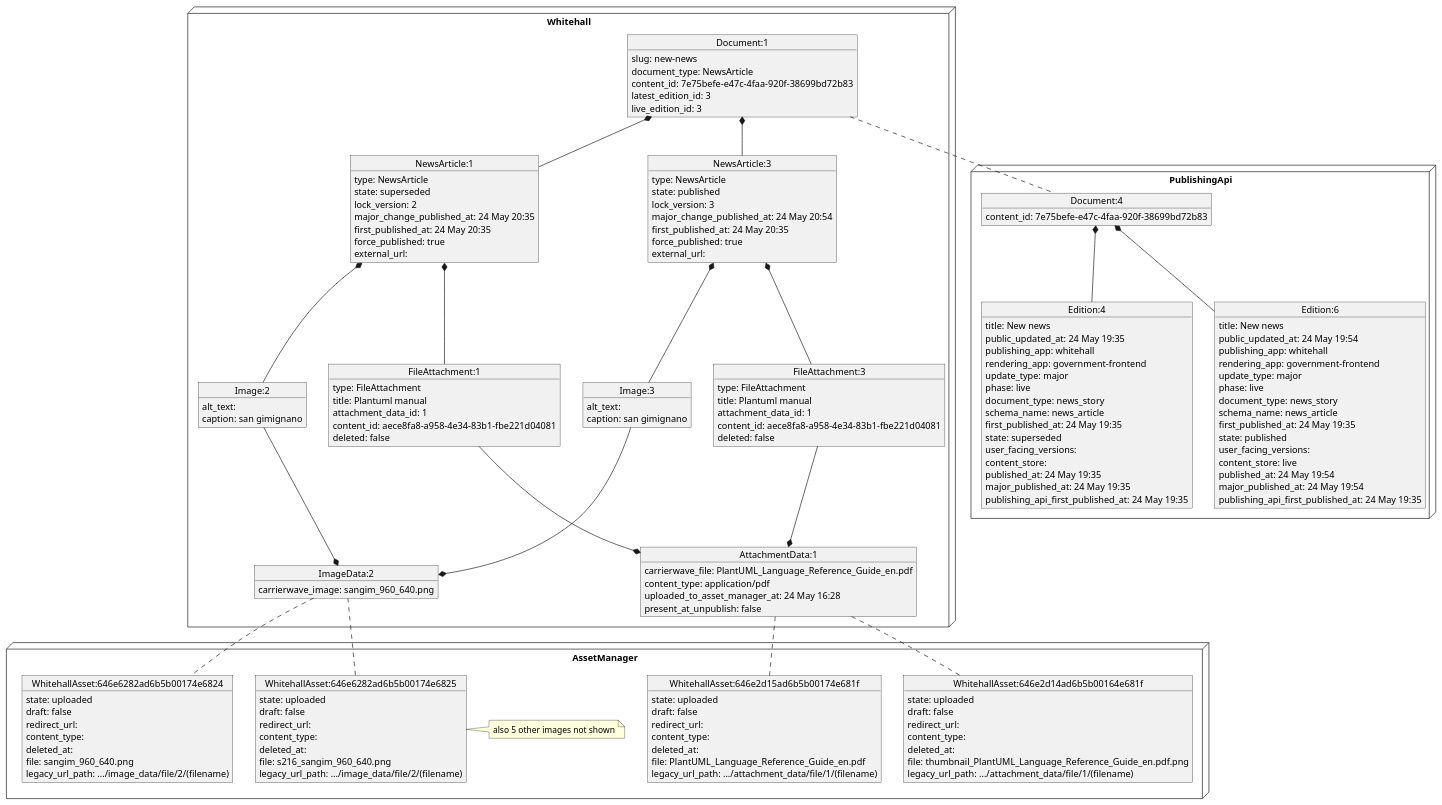
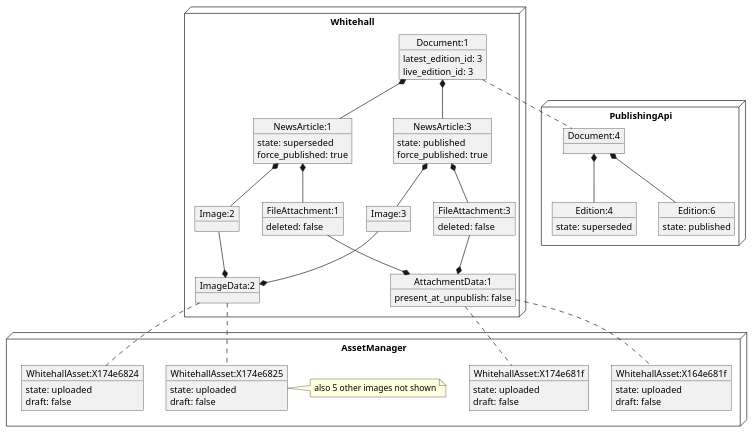
One commit to alphagov/whitehall changed the diagram in docs/diagrams/asset_management/asset_scenarios/superceding/10_force_published.puml. Above: the diagram before and after it, drawn with PlantUML. The commit also changed 32 other files, not shown here.

First line of the commit message:
Added markdown and plantuml docs for asset state change scenarios

```diff
--- a/docs/diagrams/asset_management/asset_scenarios/superceding/10_force_published.puml
+++ b/docs/diagrams/asset_management/asset_scenarios/superceding/10_force_published.puml
@@ -1,165 +1,87 @@
 @startuml
 node Whitehall {
 object "Document:1" as Document_1 {
-  slug: new-news
-  document_type: NewsArticle
-  content_id: 7e75befe-e47c-4faa-920f-38699bd72b83
   latest_edition_id: 3
   live_edition_id: 3
 }
 together {
 object "NewsArticle:1" as NewsArticle_1 {
-  type: NewsArticle
   state: superseded
-  lock_version: 2
-  major_change_published_at: 24 May 20:35
-  first_published_at: 24 May 20:35
   force_published: true
-  external_url:
 }
 Document_1 *-- NewsArticle_1
 object "FileAttachment:1" as FileAttachment_1 {
-  type: FileAttachment
-  title: Plantuml manual
-  attachment_data_id: 1
-  content_id: aece8fa8-a958-4e34-83b1-fbe221d04081
   deleted: false
 }
 NewsArticle_1 *-- FileAttachment_1
 object "Image:2" as Image_2 {
-  alt_text:
-  caption: san gimignano
 }
 NewsArticle_1 *-- Image_2
 }
 together {
 object "NewsArticle:3" as NewsArticle_3 {
-  type: NewsArticle
   state: published
-  lock_version: 3
-  major_change_published_at: 24 May 20:54
-  first_published_at: 24 May 20:35
   force_published: true
-  external_url:
 }
 Document_1 *-- NewsArticle_3
 object "FileAttachment:3" as FileAttachment_3 {
-  type: FileAttachment
-  title: Plantuml manual
-  attachment_data_id: 1
-  content_id: aece8fa8-a958-4e34-83b1-fbe221d04081
   deleted: false
 }
 NewsArticle_3 *-- FileAttachment_3
 object "Image:3" as Image_3 {
-  alt_text:
-  caption: san gimignano
 }
 NewsArticle_3 *-- Image_3
 }
 object "AttachmentData:1" as AttachmentData_1 {
-  carrierwave_file: PlantUML_Language_Reference_Guide_en.pdf
-  content_type: application/pdf
-  uploaded_to_asset_manager_at: 24 May 16:28
   present_at_unpublish: false
 }
 AttachmentData_1 *-u- FileAttachment_1
 AttachmentData_1 *-u- FileAttachment_3
 object "ImageData:2" as ImageData_2 {
-  carrierwave_image: sangim_960_640.png
 }
 ImageData_2 *-u- Image_2
 ImageData_2 *-u- Image_3
 }
 node PublishingApi {
 object "Document:4" as pubapi_Document_4 {
-  content_id: 7e75befe-e47c-4faa-920f-38699bd72b83
 }
 object "Edition:4" as pubapi_Edition_4 {
-  title: New news
-  public_updated_at: 24 May 19:35
-  publishing_app: whitehall
-  rendering_app: government-frontend
-  update_type: major
-  phase: live
-  document_type: news_story
-  schema_name: news_article
-  first_published_at: 24 May 19:35
   state: superseded
-  user_facing_versions:
-  content_store:
-  published_at: 24 May 19:35
-  major_published_at: 24 May 19:35
-  publishing_api_first_published_at: 24 May 19:35
 }
 pubapi_Document_4 *-- pubapi_Edition_4
 object "Edition:6" as pubapi_Edition_6 {
-  title: New news
-  public_updated_at: 24 May 19:54
-  publishing_app: whitehall
-  rendering_app: government-frontend
-  update_type: major
-  phase: live
-  document_type: news_story
-  schema_name: news_article
-  first_published_at: 24 May 19:35
   state: published
-  user_facing_versions:
-  content_store: live
-  published_at: 24 May 19:54
-  major_published_at: 24 May 19:54
-  publishing_api_first_published_at: 24 May 19:35
 }
 pubapi_Document_4 *-- pubapi_Edition_6
 }
 node AssetManager {
 together {
-object "WhitehallAsset:646e2d14ad6b5b00164e681f" as am_WhitehallAsset_646e2d14ad6b5b00164e681f {
+object "WhitehallAsset:X164e681f" as am_WhitehallAsset_X164e681f {
   state: uploaded
   draft: false
-  redirect_url:
-  content_type:
-  deleted_at:
-  file: thumbnail_PlantUML_Language_Reference_Guide_en.pdf.png
-  legacy_url_path: .../attachment_data/file/1/(filename)
 }
-object "WhitehallAsset:646e2d15ad6b5b00174e681f" as am_WhitehallAsset_646e2d15ad6b5b00174e681f {
+object "WhitehallAsset:X174e681f" as am_WhitehallAsset_X174e681f {
   state: uploaded
   draft: false
-  redirect_url:
-  content_type:
-  deleted_at:
-  file: PlantUML_Language_Reference_Guide_en.pdf
-  legacy_url_path: .../attachment_data/file/1/(filename)
 }
 }
 together {
-object "WhitehallAsset:646e6282ad6b5b00174e6824" as am_WhitehallAsset_646e6282ad6b5b00174e6824 {
+object "WhitehallAsset:X174e6824" as am_WhitehallAsset_X174e6824 {
   state: uploaded
   draft: false
-  redirect_url:
-  content_type:
-  deleted_at:
-  file: sangim_960_640.png
-  legacy_url_path: .../image_data/file/2/(filename)
 }
-object "WhitehallAsset:646e6282ad6b5b00174e6825" as am_WhitehallAsset_646e6282ad6b5b00174e6825 {
+object "WhitehallAsset:X174e6825" as am_WhitehallAsset_X174e6825 {
   state: uploaded
   draft: false
-  redirect_url:
-  content_type:
-  deleted_at:
-  file: s216_sangim_960_640.png
-  legacy_url_path: .../image_data/file/2/(filename)
 }
 note right
  also 5 other images not shown
 end note
 }
 }
 Document_1 .. pubapi_Document_4
-AttachmentData_1 .. am_WhitehallAsset_646e2d14ad6b5b00164e681f
-AttachmentData_1 .. am_WhitehallAsset_646e2d15ad6b5b00174e681f
-ImageData_2 .. am_WhitehallAsset_646e6282ad6b5b00174e6824
-ImageData_2 .. am_WhitehallAsset_646e6282ad6b5b00174e6825
+AttachmentData_1 .. am_WhitehallAsset_X164e681f
+AttachmentData_1 .. am_WhitehallAsset_X174e681f
+ImageData_2 .. am_WhitehallAsset_X174e6824
+ImageData_2 .. am_WhitehallAsset_X174e6825
 @enduml
```
